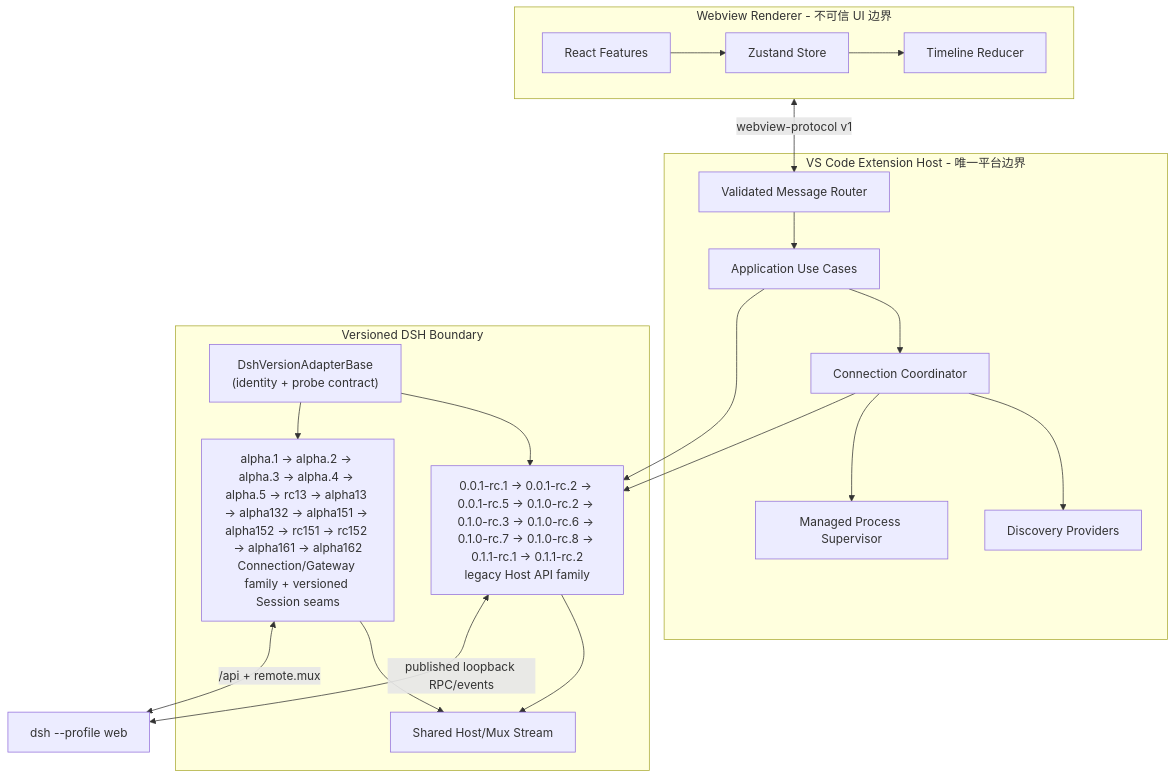
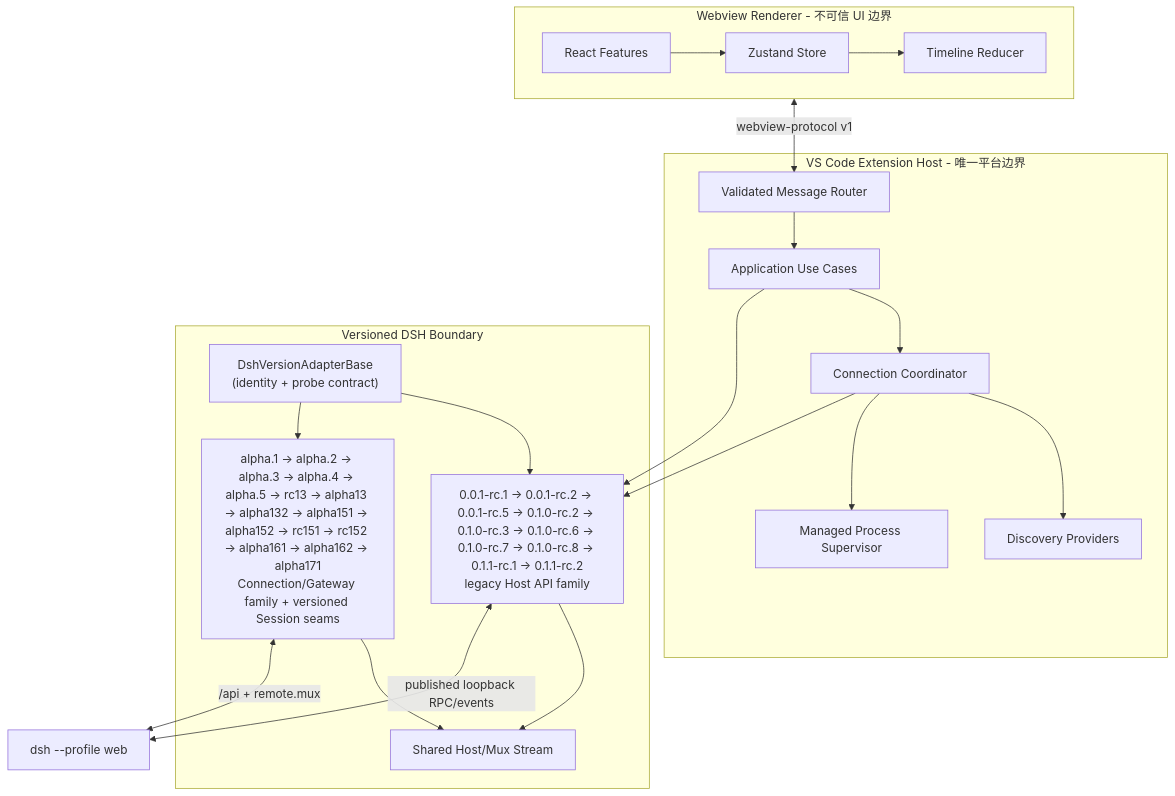
The first of 2 diagrams in docs/architecture.md (Jabofish/deepseek-harness-vscode), drawn with Mermaid before and after one commit. The commit also changed other lines of this file and 134 other files, not shown here.

````diff
--- a/docs/architecture.md
+++ b/docs/architecture.md
@@ -5,38 +5,38 @@
 ```mermaid
 flowchart TB
   subgraph Renderer["Webview Renderer - 不可信 UI 边界"]
     REACT["React Features"]
     STORE["Zustand Store"]
     TL["Timeline Reducer"]
     REACT --> STORE --> TL
   end
 
   subgraph Host["VS Code Extension Host - 唯一平台边界"]
     ROUTER["Validated Message Router"]
     UC["Application Use Cases"]
     CC["Connection Coordinator"]
     DISC["Discovery Providers"]
     SUP["Managed Process Supervisor"]
     ROUTER --> UC
     UC --> CC
     CC --> DISC
     CC --> SUP
   end
 
   subgraph Adapter["Versioned DSH Boundary"]
     BASE["DshVersionAdapterBase\n(identity + probe contract)"]
     RC6["0.0.1-rc.1 → 0.0.1-rc.2 → 0.0.1-rc.5 → 0.1.0-rc.2 → 0.1.0-rc.3 → 0.1.0-rc.6 → 0.1.0-rc.7 → 0.1.0-rc.8 → 0.1.1-rc.1 → 0.1.1-rc.2\nlegacy Host API family"]
-    ALPHA["alpha.1 → alpha.2 → alpha.3 → alpha.4 → alpha.5 → rc13 → alpha13 → alpha132 → alpha151 → alpha152 → rc151 → rc152 → alpha161 → alpha162\nConnection/Gateway family + versioned Session seams"]
+    ALPHA["alpha.1 → alpha.2 → alpha.3 → alpha.4 → alpha.5 → rc13 → alpha13 → alpha132 → alpha151 → alpha152 → rc151 → rc152 → alpha161 → alpha162 → alpha171\nConnection/Gateway family + versioned Session seams"]
     STREAM["Shared Host/Mux Stream"]
     BASE --> RC6
     BASE --> ALPHA
     RC6 --> STREAM
     ALPHA --> STREAM
   end
 
   Renderer <-->|"webview-protocol v1"| ROUTER
   UC --> RC6
   CC --> RC6
   RC6 <-->|"published loopback RPC/events"| DSH["dsh --profile web"]
   ALPHA <-->|"/api + remote.mux"| DSH
 ```
````
